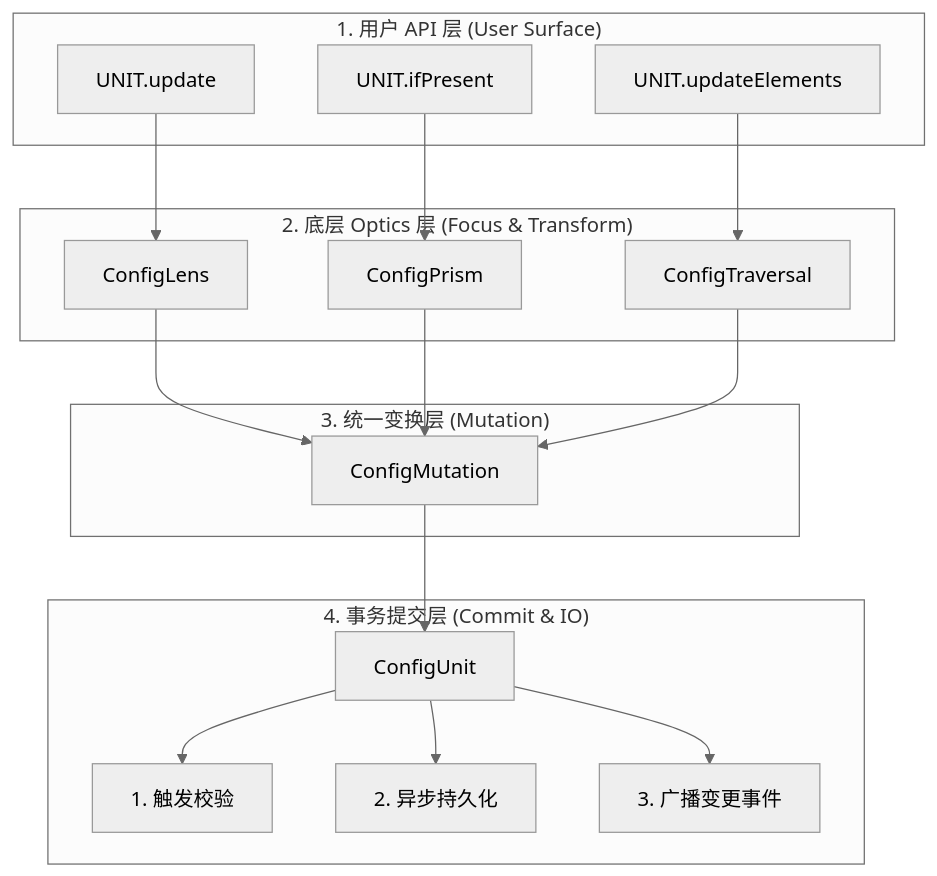
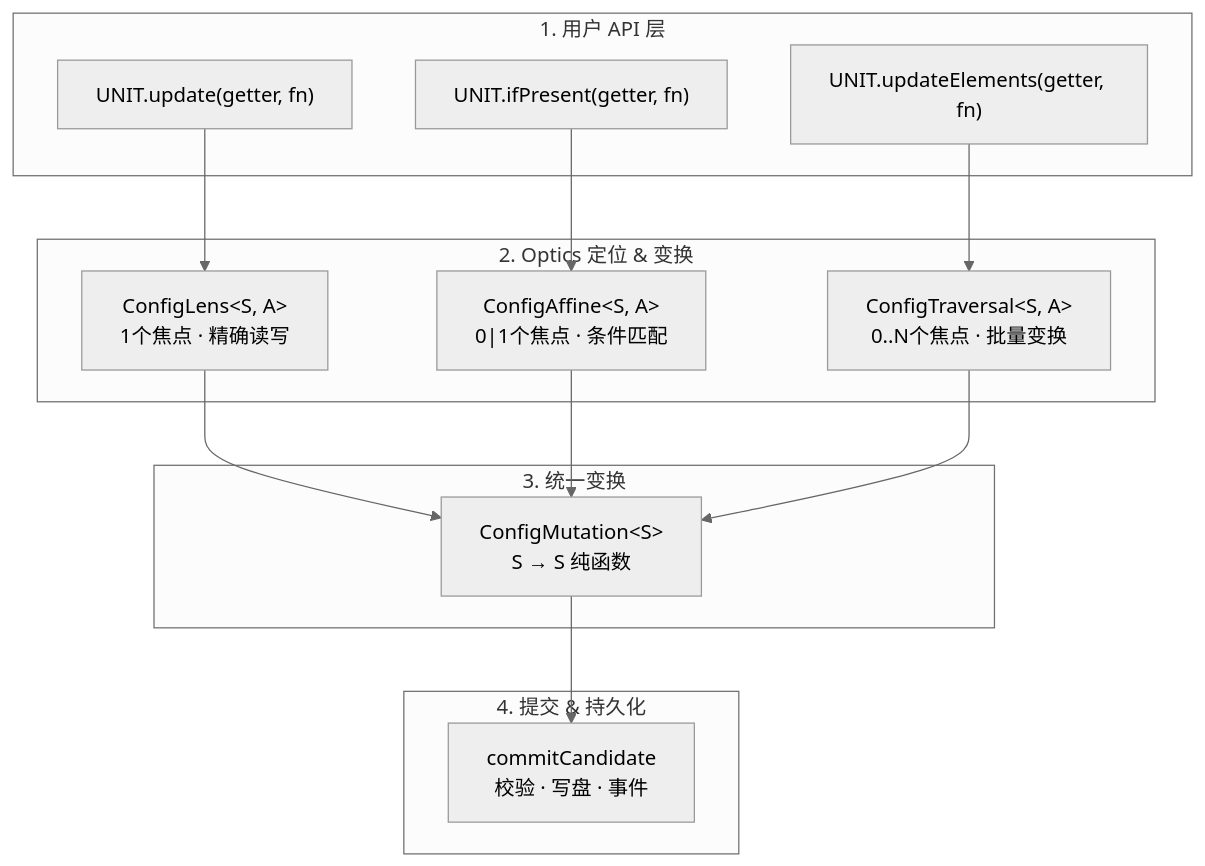
Diagram 13 of 13 in docs/config/chapter-10-optics.md (Tower-of-Sighs/OELib), drawn with Mermaid (neutral theme) before and after one commit. The commit also changed other lines of this file and 242 other files, not shown here.

````diff
--- a/docs/config/chapter-10-optics.md
+++ b/docs/config/chapter-10-optics.md
@@ -328,35 +700,32 @@
 ```mermaid
-graph TD
-    subgraph "1. 用户 API 层 (User Surface)"
-        API1[UNIT.update]
-        API2[UNIT.ifPresent]
-        API3[UNIT.updateElements]
+flowchart TD
+    subgraph 1. 用户 API 层
+        UPD["UNIT.update(getter, fn)"]
+        IFP["UNIT.ifPresent(getter, fn)"]
+        UEL["UNIT.updateElements(getter, fn)"]
     end
 
-    subgraph "2. 底层 Optics 层 (Focus & Transform)"
-        Lens[ConfigLens]
-        Prism[ConfigPrism]
-        Traversal[ConfigTraversal]
+    subgraph 2. Optics 定位 & 变换
+        L["ConfigLens&lt;S, A&gt;<br/>1个焦点 · 精确读写"]
+        P["ConfigAffine&lt;S, A&gt;<br/>0|1个焦点 · 条件匹配"]
+        T["ConfigTraversal&lt;S, A&gt;<br/>0..N个焦点 · 批量变换"]
     end
 
-    subgraph "3. 统一变换层 (Mutation)"
-        Mut[ConfigMutation<S>]
+    subgraph 3. 统一变换
+        M["ConfigMutation&lt;S&gt;<br/>S → S 纯函数"]
     end
 
-    subgraph "4. 事务提交层 (Commit & IO)"
-        CU[ConfigUnit] --> Check[1. 触发校验]
-        CU --> IO[2. 异步持久化]
-        CU --> Event[3. 广播变更事件]
+    subgraph 4. 提交 & 持久化
+        CC["commitCandidate<br/>校验 · 写盘 · 事件"]
     end
 
-    API1 --> Lens
-    API2 --> Prism
-    API3 --> Traversal
+    UPD --> L
+    IFP --> P
+    UEL --> T
 
-    Lens --> Mut
-    Prism --> Mut
-    Traversal --> Mut
+    L --> M
+    P --> M
+    T --> M
 
-    Mut --> CU
-
+    M --> CC
 ```
````
